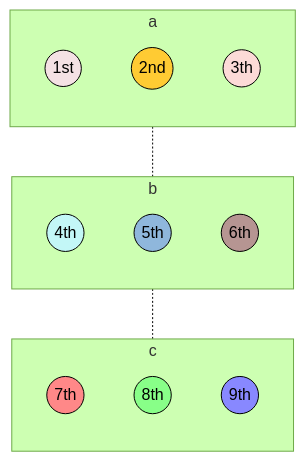
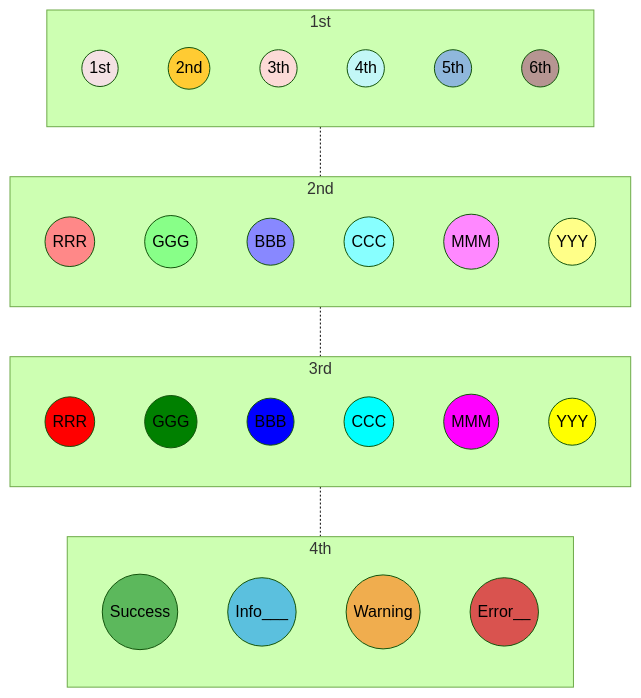
Before and after one commit to Ee-Cs/Ee-Cs.github.io: the third of 3 diagrams in files/fill-and-stroke-colors.md, drawn with Mermaid (forest theme).

````diff
--- a/files/fill-and-stroke-colors.md
+++ b/files/fill-and-stroke-colors.md
@@ -98,32 +98,61 @@
 ```mermaid
 flowchart TB
-subgraph a
+subgraph 1st
     direction TB
     1((1st)):::one
     2((2nd)):::two
     3((3th)):::three
-end
-subgraph b
-    direction TB
     4((4th)):::four
     5((5th)):::five
     6((6th)):::six
 end
-subgraph c
+subgraph 2nd
     direction TB
-    7((7th)):::seven
-    8((8th)):::eight
-    9((9th)):::nine
+    rL((RRR)):::redLight
+    gL((GGG)):::greenLight
+    bL((BBB)):::blueLight
+    cL((CCC)):::cyanLight
+    mL((MMM)):::magentaLight
+    yL((YYY)):::yellowLight
 end
-a -.- b -.- c
+subgraph 3rd
+    direction TB
+    rF((RRR)):::red
+    gF((GGG)):::green
+    bF((BBB)):::blue
+    cF((CCC)):::cyan
+    mF((MMM)):::magenta
+    yF((YYY)):::yellow
+end
+subgraph 4th
+    direction TB
+    success((Success)):::success
+    info((Info___)):::info
+    warning((Warning)):::warning
+    error((Error__)):::error
+end
+1st -.- 2nd -.- 3rd -.- 4th
 %% Styles
-    classDef one fill:#F4E1E4,stroke:#000000,stroke-width:1px
-    classDef two fill:#FFCB33,stroke:#000000,stroke-width:1px
-    classDef three fill:#FCDAD7,stroke:#000000,stroke-width:1px
-    classDef four fill:#C3F7F7,stroke:#000000,stroke-width:1px
-    classDef five fill:#8FB7DC,stroke:#000000,stroke-width:1px
-    classDef six fill:#B69592,stroke:#000000,stroke-width:1px
-    classDef seven fill:#FF8888,stroke:#000000,stroke-width:1px
-    classDef eight fill:#88FF88,stroke:#000000,stroke-width:1px
-    classDef nine fill:#8888FF,stroke:#000000,stroke-width:1px
+    classDef one fill:#F4E1E4
+    classDef two fill:#FFCB33
+    classDef three fill:#FCDAD7
+    classDef four fill:#C3F7F7
+    classDef five fill:#8FB7DC
+    classDef six fill:#B69592
+    classDef redLight fill:#FF8888
+    classDef greenLight fill:#88FF88
+    classDef blueLight fill:#8888FF
+    classDef cyanLight fill:#88FFFF
+    classDef magentaLight fill:#FF88FF
+    classDef yellowLight fill:#FFFF88
+    classDef red fill:red
+    classDef green fill:green
+    classDef blue fill:blue
+    classDef cyan fill:cyan
+    classDef magenta fill:magenta
+    classDef yellow fill:yellow
+    classDef success fill:#5CB85C
+    classDef info fill:#5BC0DE
+    classDef warning fill:#F0AD4E
+    classDef error fill:#D9534F
 ```
````
